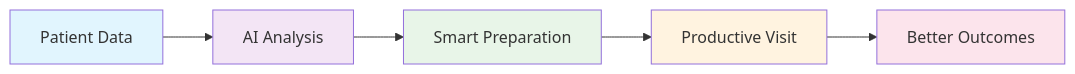
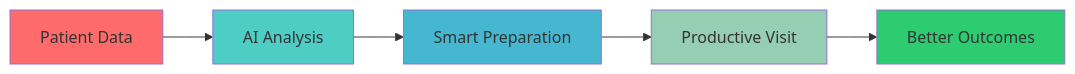
One commit to Iceman-Dann/Medly changed the second of 16 diagrams in README.md. Above: the diagram before and after it, drawn with Mermaid. The commit also changed other lines of this file, not shown here.

````diff
--- a/README.md
+++ b/README.md
@@ -33,13 +33,13 @@
 ```mermaid
 graph LR
     A[Patient Data] --> B[AI Analysis]
     B --> C[Smart Preparation]
     C --> D[Productive Visit]
     D --> E[Better Outcomes]
     
-    style A fill:#e1f5fe
-    style B fill:#f3e5f5
-    style C fill:#e8f5e8
-    style D fill:#fff3e0
-    style E fill:#fce4ec
+    style A fill:#ff6b6b
+    style B fill:#4ecdc4
+    style C fill:#45b7d1
+    style D fill:#96ceb4
+    style E fill:#2ecc71
 ```
````
